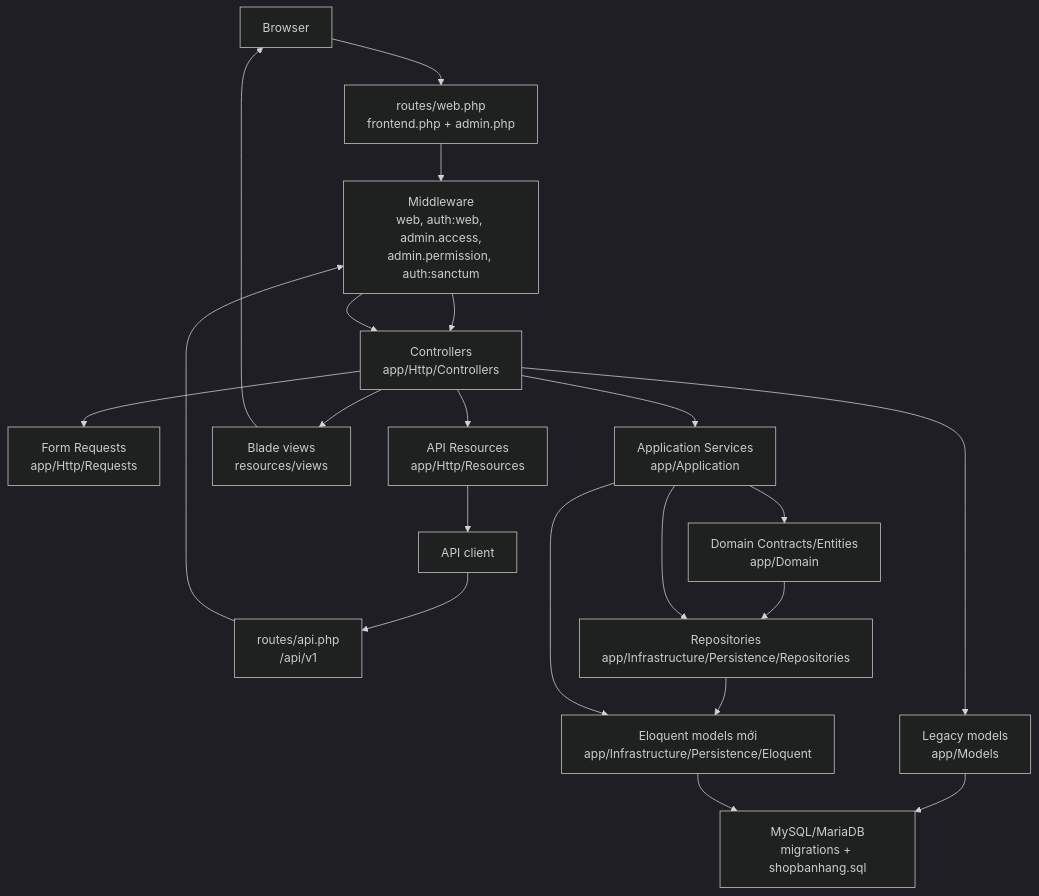
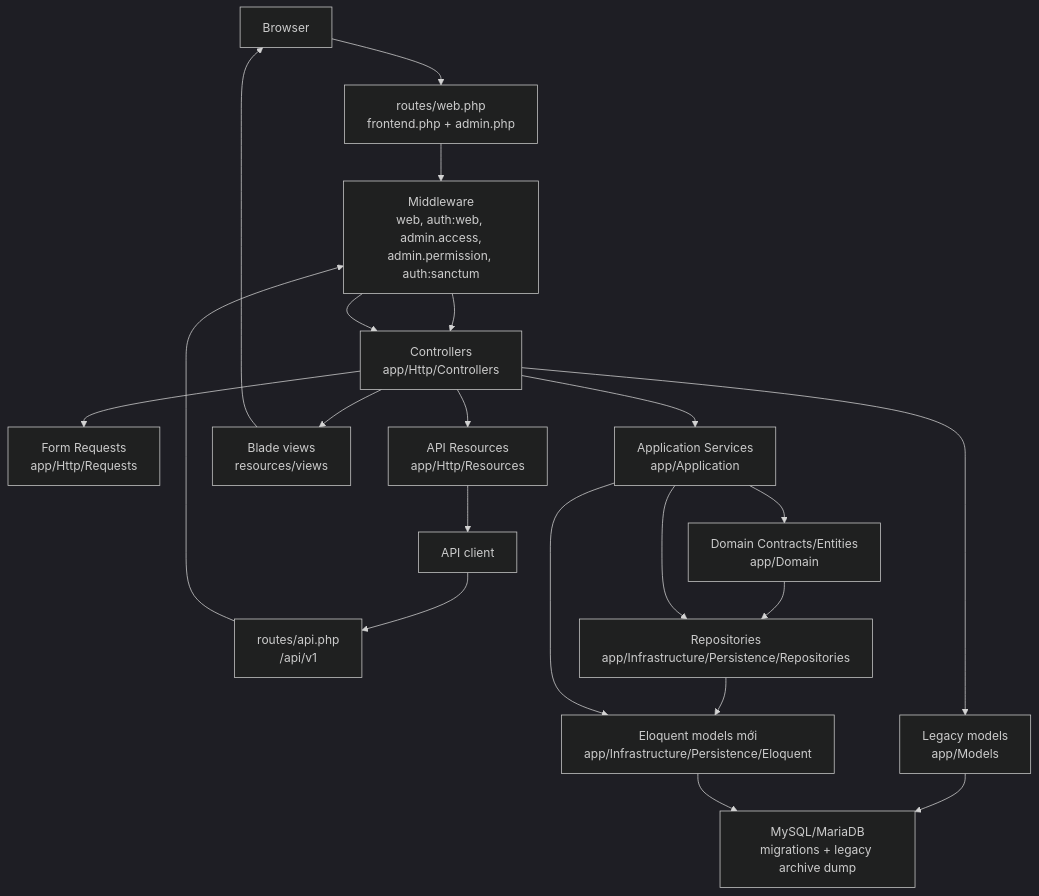
One commit to DoDangDucCoder/ElectroMart changed the first of 2 diagrams in docs/architecture.md. Above: the diagram before and after it, drawn with Mermaid (dark theme). The commit also changed other lines of this file and 870 other files, not shown here.

````diff
--- a/docs/architecture.md
+++ b/docs/architecture.md
@@ -21,36 +21,36 @@
 ```mermaid
 flowchart TB
     Browser["Browser"]
     ApiClient["API client"]
 
     WebRoutes["routes/web.php<br/>frontend.php + admin.php"]
     ApiRoutes["routes/api.php<br/>/api/v1"]
     Middleware["Middleware<br/>web, auth:web, admin.access,<br/>admin.permission, auth:sanctum"]
 
     Controllers["Controllers<br/>app/Http/Controllers"]
     Requests["Form Requests<br/>app/Http/Requests"]
     Resources["API Resources<br/>app/Http/Resources"]
     Views["Blade views<br/>resources/views"]
 
     AppServices["Application Services<br/>app/Application"]
     Domain["Domain Contracts/Entities<br/>app/Domain"]
     Repositories["Repositories<br/>app/Infrastructure/Persistence/Repositories"]
     NewModels["Eloquent models mới<br/>app/Infrastructure/Persistence/Eloquent"]
     LegacyModels["Legacy models<br/>app/Models"]
-    DB["MySQL/MariaDB<br/>migrations + shopbanhang.sql"]
+    DB["MySQL/MariaDB<br/>migrations + legacy archive dump"]
 
     Browser --> WebRoutes --> Middleware --> Controllers
     ApiClient --> ApiRoutes --> Middleware --> Controllers
     Controllers --> Requests
     Controllers --> Views --> Browser
     Controllers --> Resources --> ApiClient
     Controllers --> AppServices
     Controllers --> LegacyModels
     AppServices --> Domain
     Domain --> Repositories
     AppServices --> Repositories
     Repositories --> NewModels
     AppServices --> NewModels
     LegacyModels --> DB
     NewModels --> DB
 ```
````
